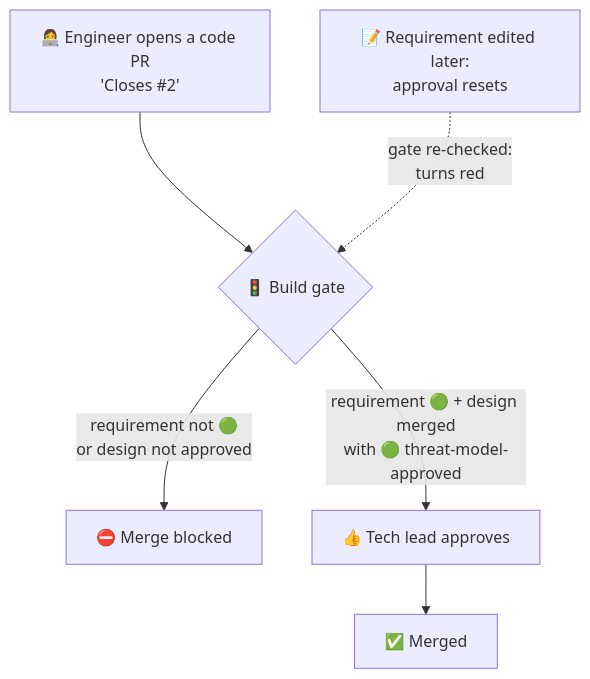
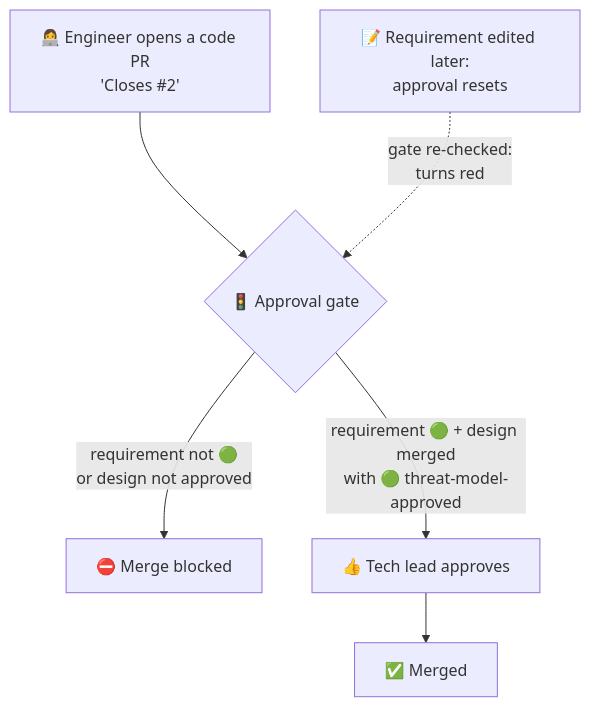
Before and after one commit to padmanabhan-r/agentic-secure-sdlc: the third of 4 diagrams in README.md, drawn with Mermaid. The commit also changed other lines of this file and 5 other files, not shown here.

Commit message:
Rename: build gate → approval gate, PR security gate → code security gate

````diff
--- a/README.md
+++ b/README.md
@@ -144,8 +144,8 @@
 ```mermaid
 flowchart TD
-    A["👩‍💻 Engineer opens a code PR<br/>'Closes #2'"] --> B{"🚦 Build gate"}
+    A["👩‍💻 Engineer opens a code PR<br/>'Closes #2'"] --> B{"🚦 Approval gate"}
     B -->|"requirement not 🟢<br/>or design not approved"| C["⛔ Merge blocked"]
     B -->|"requirement 🟢 + design merged<br/>with 🟢 threat-model-approved"| D["👍 Tech lead approves"]
     D --> E["✅ Merged"]
     F["📝 Requirement edited later:<br/>approval resets"] -.->|"gate re-checked:<br/>turns red"| B
 ```
````
